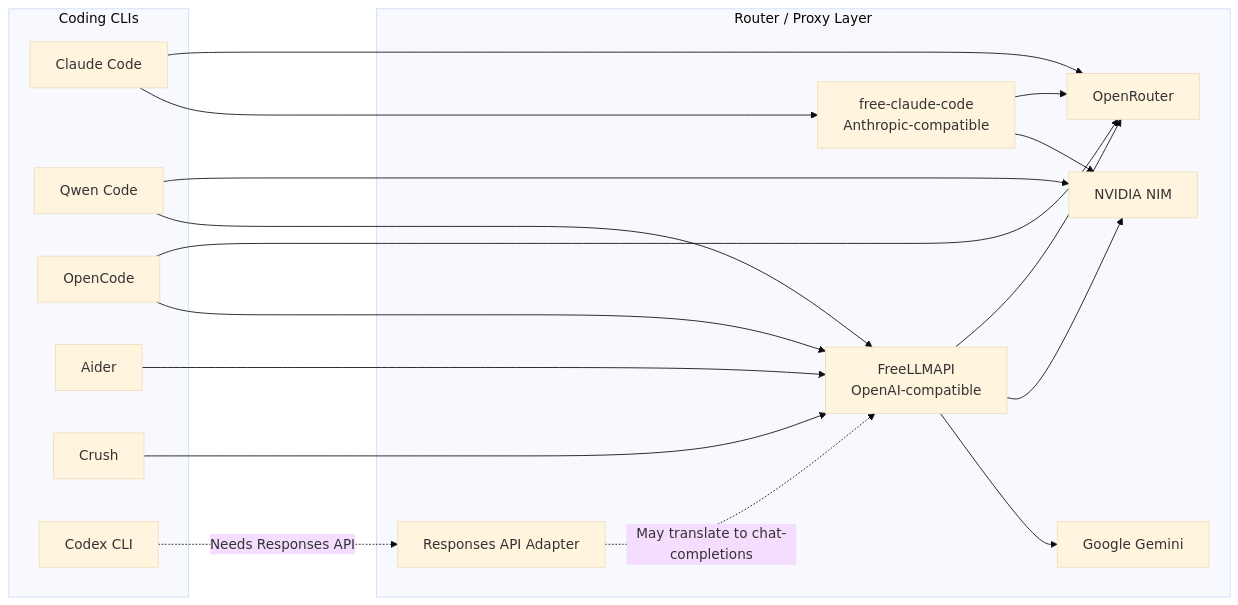
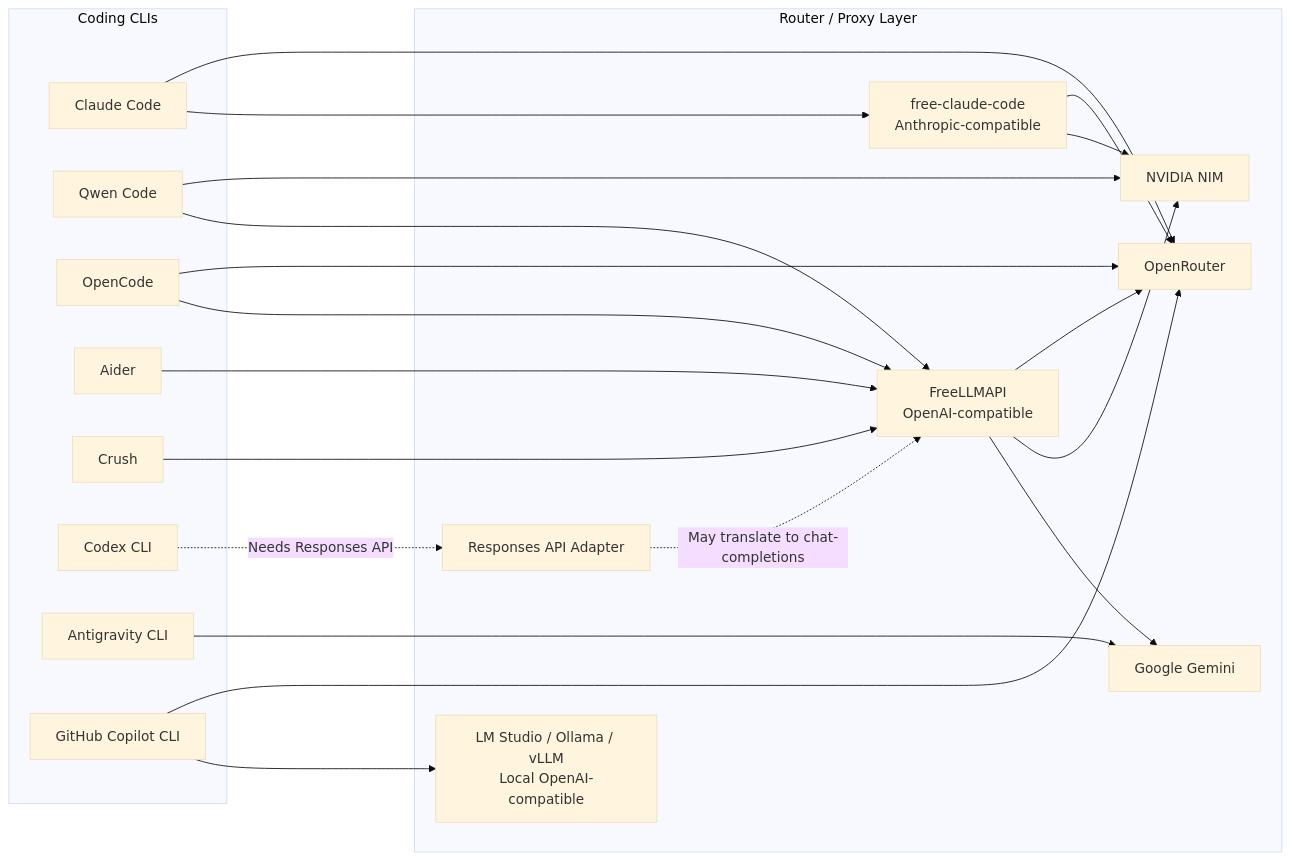
Before and after one commit to vandang890615/ai-cli-free-router-guide: the diagram in README.md, drawn with Mermaid (base theme). The commit also changed other lines of this file and 3 other files, not shown here.

Commit message:
docs: update cli guide for antigravity copilot and local stack

````diff
--- a/README.md
+++ b/README.md
@@ -40,36 +42,42 @@
 ```mermaid
 flowchart LR
   subgraph CLI["Coding CLIs"]
     Claude["Claude Code"]
     Qwen["Qwen Code"]
     OpenCode["OpenCode"]
     Aider["Aider"]
     Crush["Crush"]
     Codex["Codex CLI"]
+    AGY["Antigravity CLI"]
+    Copilot["GitHub Copilot CLI"]
   end
 
   subgraph Proxy["Router / Proxy Layer"]
     FCC["free-claude-code<br/>Anthropic-compatible"]
     FLA["FreeLLMAPI<br/>OpenAI-compatible"]
     OR["OpenRouter"]
     NIM["NVIDIA NIM"]
     Gemini["Google Gemini"]
     Resp["Responses API Adapter"]
+    Local["LM Studio / Ollama / vLLM<br/>Local OpenAI-compatible"]
   end
 
   Claude --> FCC
   Claude --> OR
   Qwen --> FLA
   OpenCode --> FLA
   Aider --> FLA
   Crush --> FLA
   Qwen --> NIM
   OpenCode --> OR
   FLA --> Gemini
   FLA --> NIM
   FLA --> OR
   FCC --> NIM
   FCC --> OR
   Codex -. "Needs Responses API" .-> Resp
   Resp -. "May translate to chat-completions" .-> FLA
+  AGY --> Gemini
+  Copilot --> Local
+  Copilot --> OR
 ```
````
